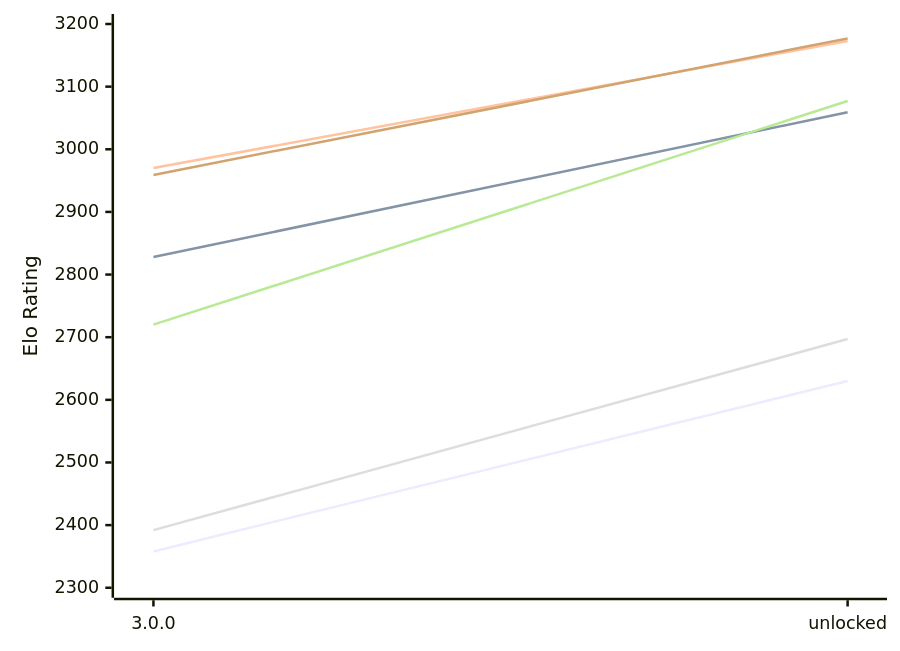
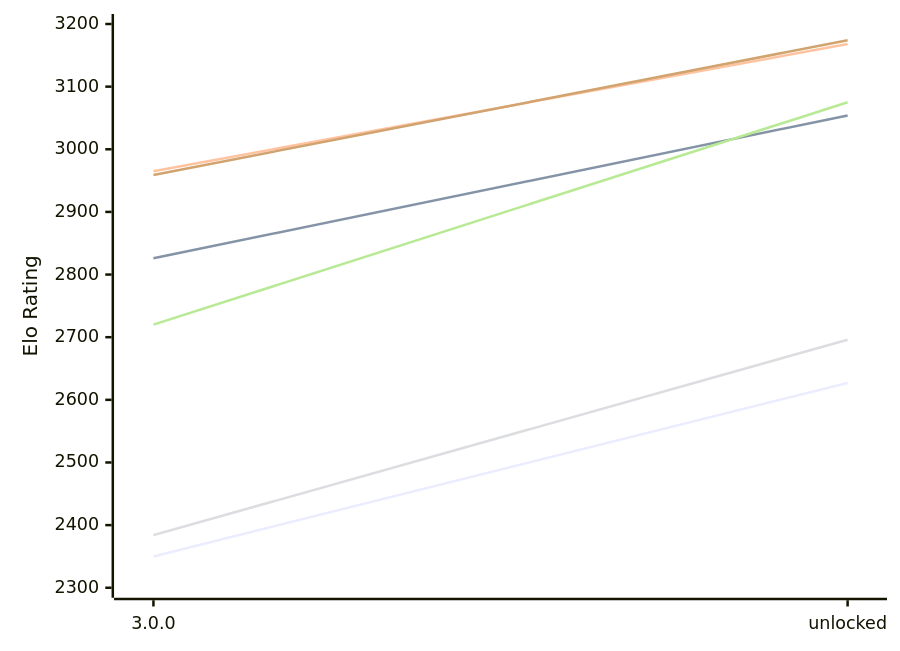
The first of 2 diagrams in engines/Potential.md (computer-chess-index/cci), drawn with Mermaid before and after one commit. The commit also changed other lines of this file, not shown here.

Commit message:
Update CCI Ratings (ELO VLTC) - 2026-11-26

````diff
--- a/engines/Potential.md
+++ b/engines/Potential.md
@@ -51,12 +51,12 @@
 ```mermaid
 %%{init: {"theme":"base","themeVariables":{"seriesColors:['#a3a3a3','#222221','#faa371']}}}%%
 xychart-beta
   x-axis ["3.0.0", "unlocked"]
   y-axis "Elo Rating" 2300 --> 3200
-  line "E1: STC (8.0+0.08s)" [2358, 2630]
-  line "E1: LTC (60.0+0.60s)" [2828, 3059]
-  line "E1: VLTC (2m24s+1.12s)" [2970, 3173]
-  line "P1: STC (8.0+0.08s)" [2392, 2697]
-  line "P1: LTC (60.0+0.60s)" [2720, 3077]
-  line "P1: VLTC (2m24s+1.12s)" [2959, 3177]
+  line "E1: STC (8.0+0.08s)" [2350, 2627]
+  line "E1: LTC (60.0+0.60s)" [2826, 3054]
+  line "E1: VLTC (2m24s+1.12s)" [2965, 3168]
+  line "P1: STC (8.0+0.08s)" [2384, 2696]
+  line "P1: LTC (60.0+0.60s)" [2720, 3075]
+  line "P1: VLTC (2m24s+1.12s)" [2959, 3174]
 ```
````
